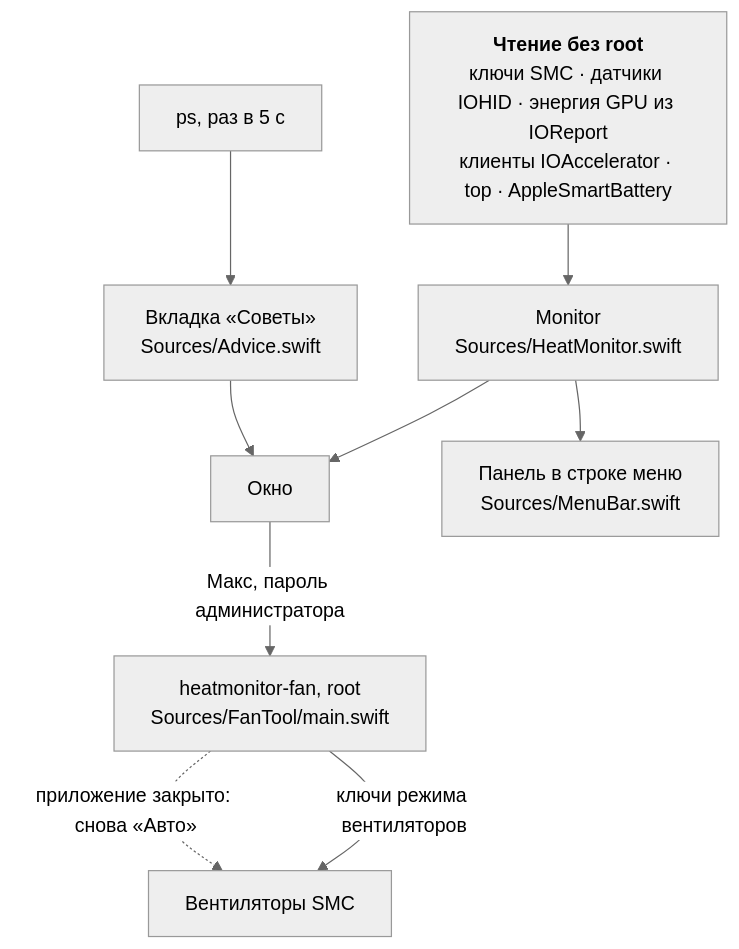
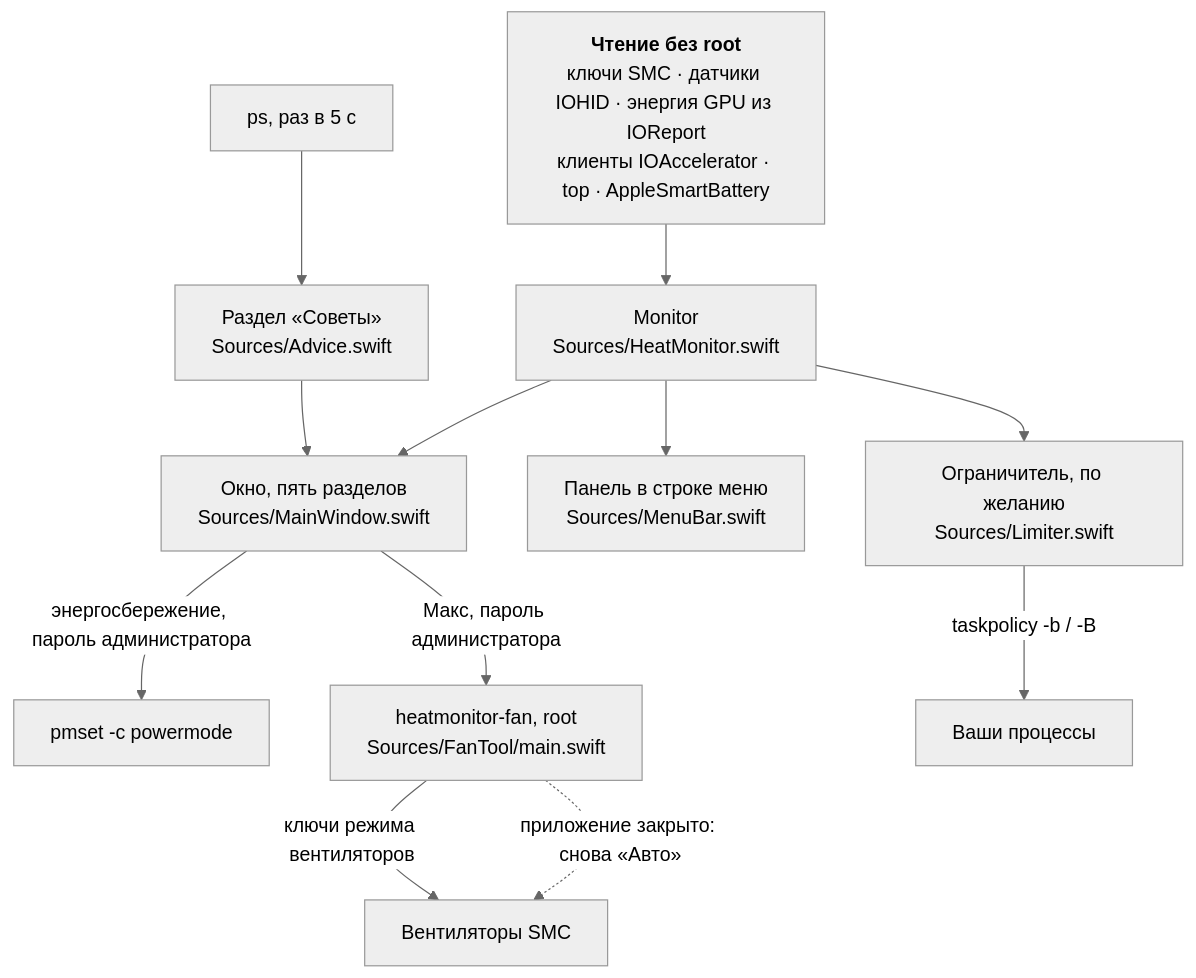
One commit to Disspear574/HeatMonitor changed the diagram in README.ru.md. Above: the diagram before and after it, drawn with Mermaid (neutral theme). The commit also changed other lines of this file and 1 other file, not shown here.

First line of the commit message:
docs: describe the 2.2 sidebar window, power limits and limiter

````diff
--- a/README.ru.md
+++ b/README.ru.md
@@ -119,12 +162,15 @@
 ```mermaid
 flowchart TB
     Read["<b>Чтение без root</b><br/>ключи SMC · датчики IOHID · энергия GPU из IOReport<br/>клиенты IOAccelerator · top · AppleSmartBattery"]
     Read --> Monitor["Monitor<br/>Sources/HeatMonitor.swift"]
-    PS["ps, раз в 5 с"] --> Advice["Вкладка «Советы»<br/>Sources/Advice.swift"]
-    Monitor --> Window[Окно]
+    PS["ps, раз в 5 с"] --> Advice["Раздел «Советы»<br/>Sources/Advice.swift"]
+    Monitor --> Window["Окно, пять разделов<br/>Sources/MainWindow.swift"]
     Monitor --> Panel["Панель в строке меню<br/>Sources/MenuBar.swift"]
+    Monitor --> Limiter["Ограничитель, по желанию<br/>Sources/Limiter.swift"]
     Advice --> Window
+    Window -- "энергосбережение, пароль администратора" --> Pmset["pmset -c powermode"]
+    Limiter -- "taskpolicy -b / -B" --> Procs[Ваши процессы]
     Window -- "Макс, пароль администратора" --> Fan["heatmonitor-fan, root<br/>Sources/FanTool/main.swift"]
     Fan -- "ключи режима вентиляторов" --> Fans[Вентиляторы SMC]
     Fan -. "приложение закрыто: снова «Авто»" .-> Fans
 ```
````
